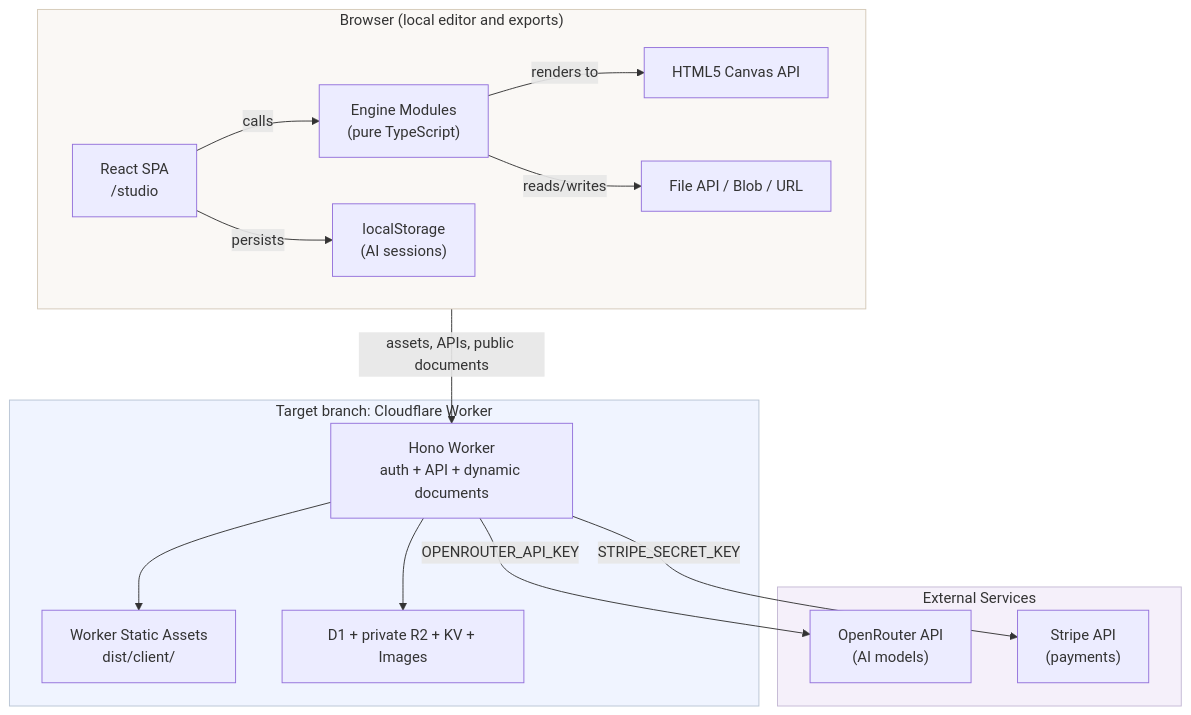
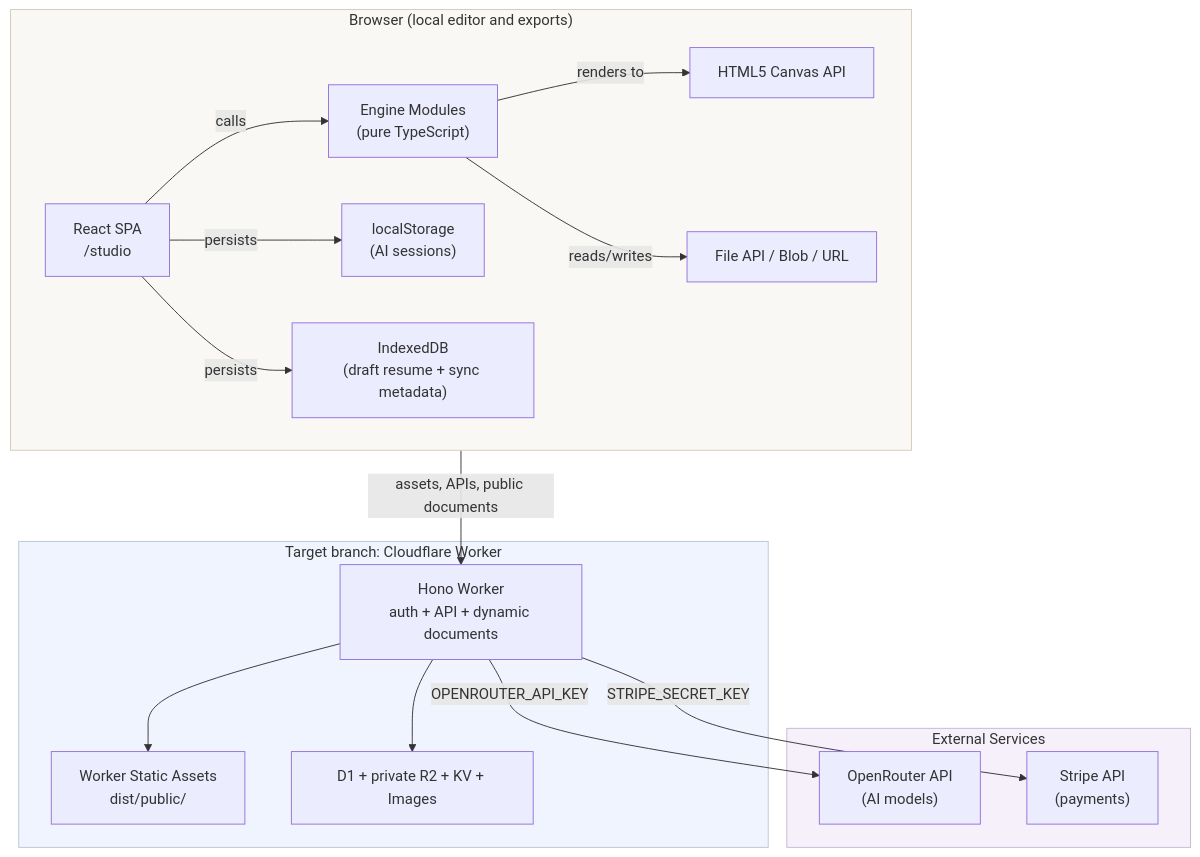
Before and after one commit to RazonIn4K/Mii-pixelart: the first of 12 diagrams in living-the-grid-studio/docs/architecture.md, drawn with Mermaid. The commit also changed other lines of this file and 22 other files, not shown here.

````diff
--- a/living-the-grid-studio/docs/architecture.md
+++ b/living-the-grid-studio/docs/architecture.md
@@ -93,36 +93,38 @@
 ```mermaid
 graph TB
     subgraph Browser["Browser (local editor and exports)"]
         SPA["React SPA<br/>/studio"]
         Engine["Engine Modules<br/>(pure TypeScript)"]
         Canvas["HTML5 Canvas API"]
         FileAPI["File API / Blob / URL"]
         LS["localStorage<br/>(AI sessions)"]
+        IDB["IndexedDB<br/>(draft resume + sync metadata)"]
 
         SPA -->|"calls"| Engine
         Engine -->|"renders to"| Canvas
         Engine -->|"reads/writes"| FileAPI
         SPA -->|"persists"| LS
+        SPA -->|"persists"| IDB
     end
 
     subgraph Edge["Target branch: Cloudflare Worker"]
         Worker["Hono Worker<br/>auth + API + dynamic documents"]
-        Static["Worker Static Assets<br/>dist/client/"]
+        Static["Worker Static Assets<br/>dist/public/"]
         Data["D1 + private R2 + KV + Images"]
         Worker --> Static
         Worker --> Data
     end
 
     subgraph External["External Services"]
         OR["OpenRouter API<br/>(AI models)"]
         Stripe["Stripe API<br/>(payments)"]
     end
 
     Browser -->|"assets, APIs, public documents"| Worker
     Worker -->|"OPENROUTER_API_KEY"| OR
     Worker -->|"STRIPE_SECRET_KEY"| Stripe
 
     style Browser fill:#faf8f5,stroke:#d4c9b8
     style Edge fill:#f0f4ff,stroke:#b8c4d4
     style External fill:#f5f0fa,stroke:#c4b8d4
 ```
````
